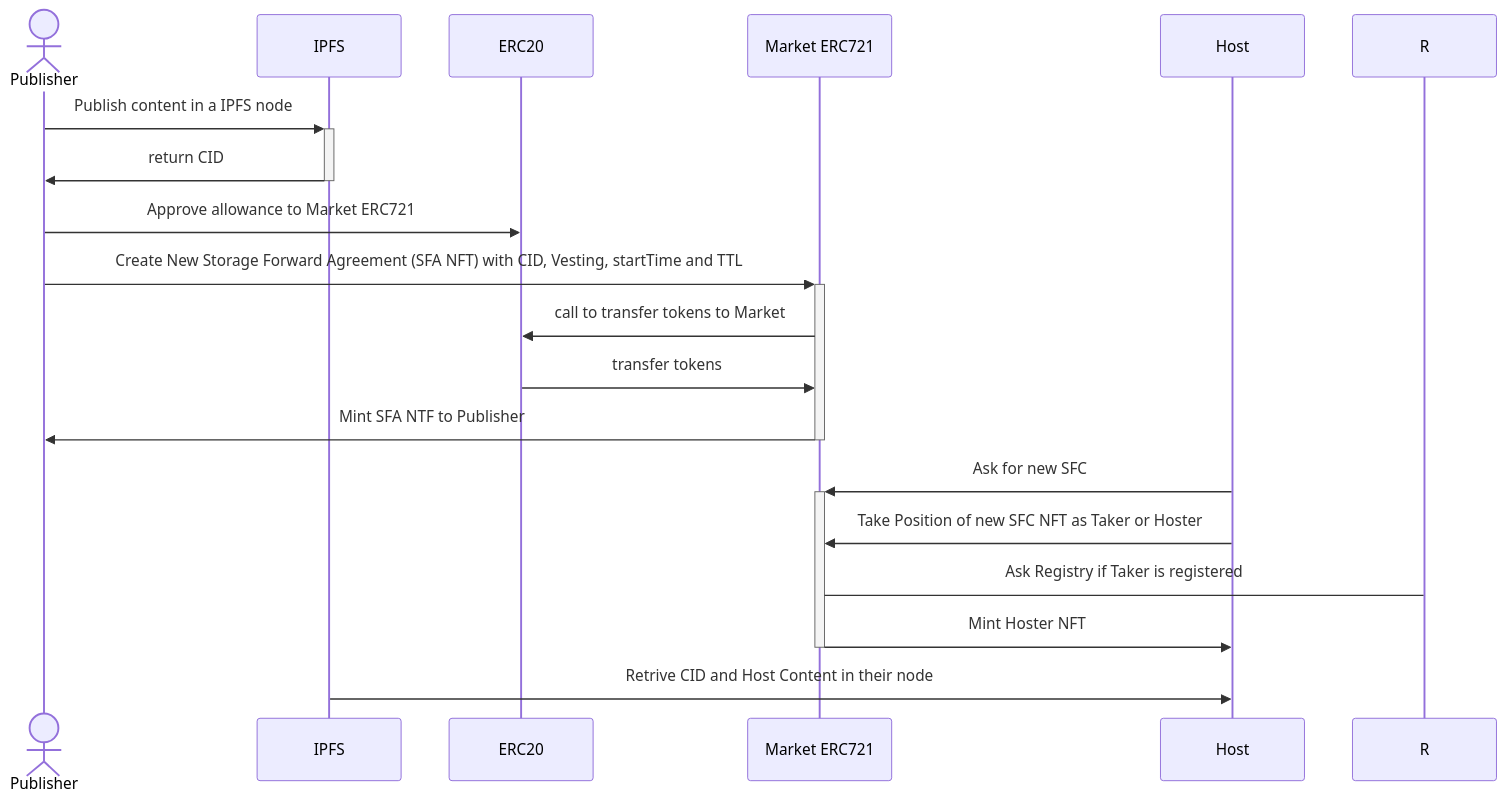
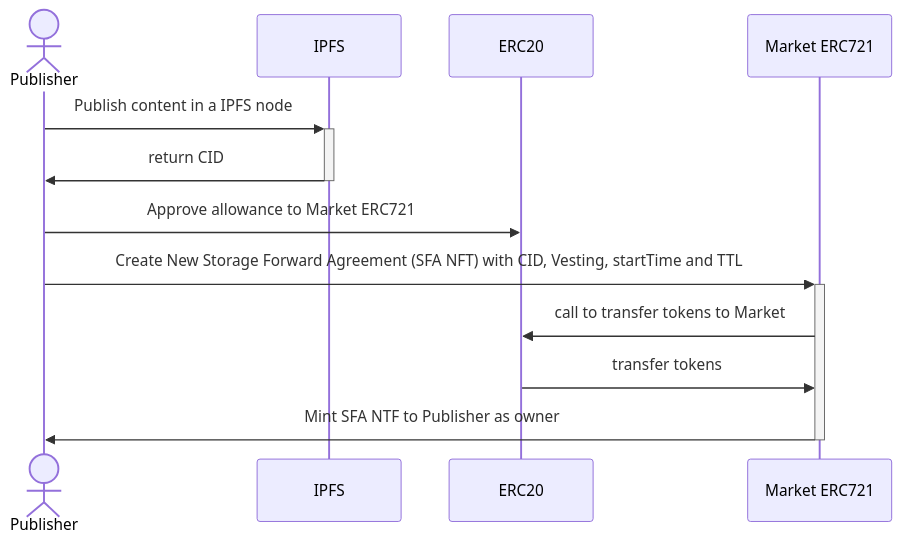
Before and after one commit to DSMarket/whitepaper: the first of 6 diagrams in whitepaper.md, drawn with Mermaid. The commit also changed other lines of this file, not shown here.

````diff
--- a/whitepaper.md
+++ b/whitepaper.md
@@ -111,23 +128,15 @@
 ```mermaid
 sequenceDiagram
     actor P as Publisher
     participant IPFS
     participant T as ERC20
     participant M as Market ERC721
-    participant H as Host
-
 
     P ->>+ IPFS: Publish content in a IPFS node
     IPFS ->>- P: return CID
     P ->> T: Approve allowance to Market ERC721
     P ->>+ M: Create New Storage Forward Agreement (SFA NFT) with CID, Vesting, startTime and TTL
     M ->> T: call to transfer tokens to Market
     T ->> M: transfer tokens
-    M ->>- P: Mint SFA NTF to Publisher
-
-    H ->>+ M: Ask for new SFC
-    H ->> M: Take Position of new SFC NFT as Taker or Hoster
-    M -> R: Ask Registry if Taker is registered
-    M ->>- H: Mint Hoster NFT
-    IPFS ->> H: Retrive CID and Host Content in their node
+    M ->>- P: Mint SFA NTF to Publisher as owner
 ```
````
